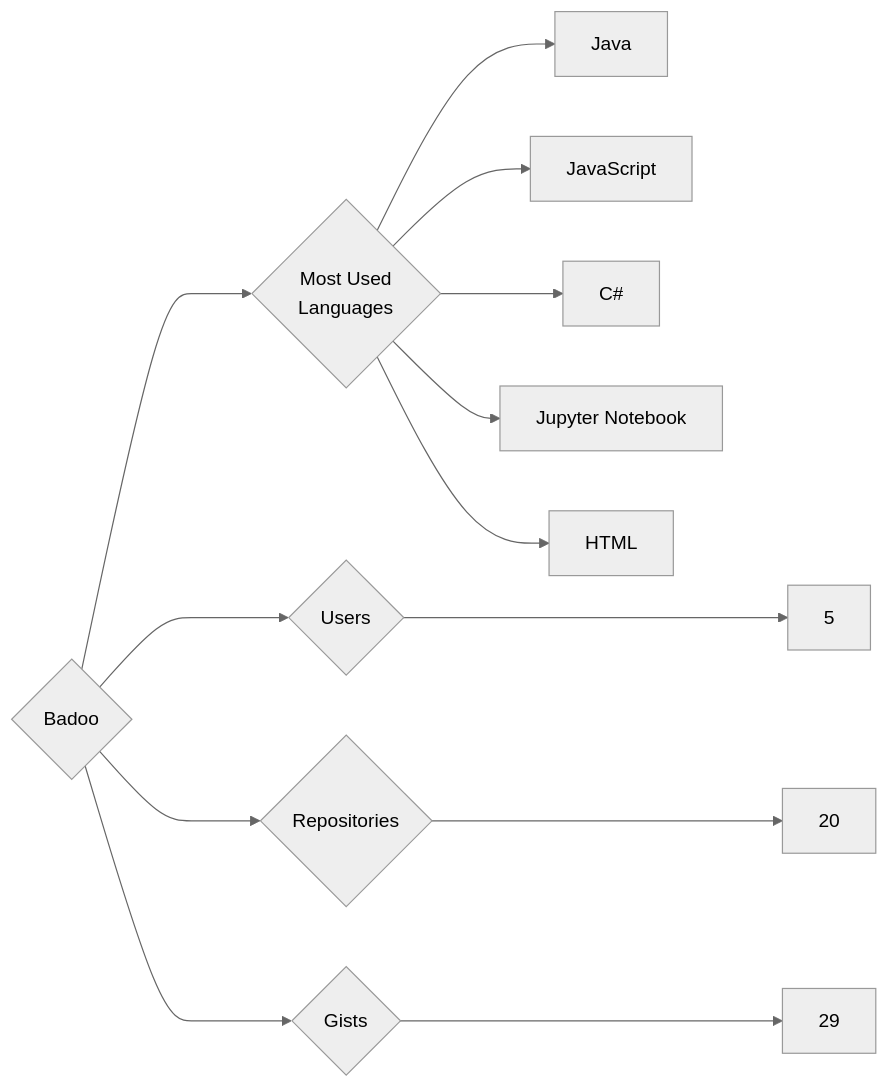
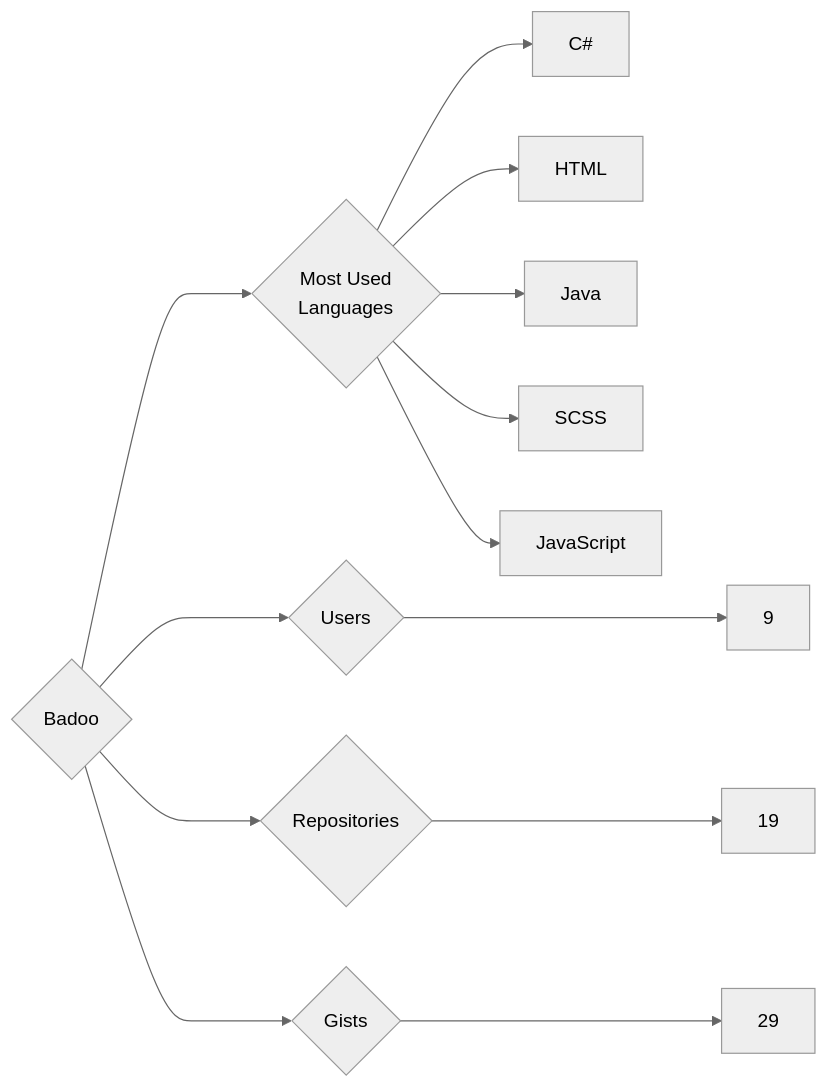
One commit to trickest/insiders changed the diagram in targets/Badoo/README.md. Above: the diagram before and after it, drawn with Mermaid (neutral theme). The commit also changed 1175 other files, not shown here.

````diff
--- a/targets/Badoo/README.md
+++ b/targets/Badoo/README.md
@@ -3,13 +3,13 @@
 ```mermaid
 graph LR
 COMPANY_NAME{Badoo}
-COMPANY_NAME ---> U{Users} ---> UN[5]
-COMPANY_NAME ---> R{Repositories} ---> RN[20]
+COMPANY_NAME ---> U{Users} ---> UN[9]
+COMPANY_NAME ---> R{Repositories} ---> RN[19]
 COMPANY_NAME ---> G{Gists} ---> GN[29]
 COMPANY_NAME ---> ML{Most Used<br>Languages}
+ML --> C#[C#]
+ML --> HTML[HTML]
 ML --> Java[Java]
+ML --> SCSS[SCSS]
 ML --> JavaScript[JavaScript]
-ML --> C#[C#]
-ML --> Jupyter_Notebook[Jupyter Notebook]
-ML --> HTML[HTML]
 ```
````
